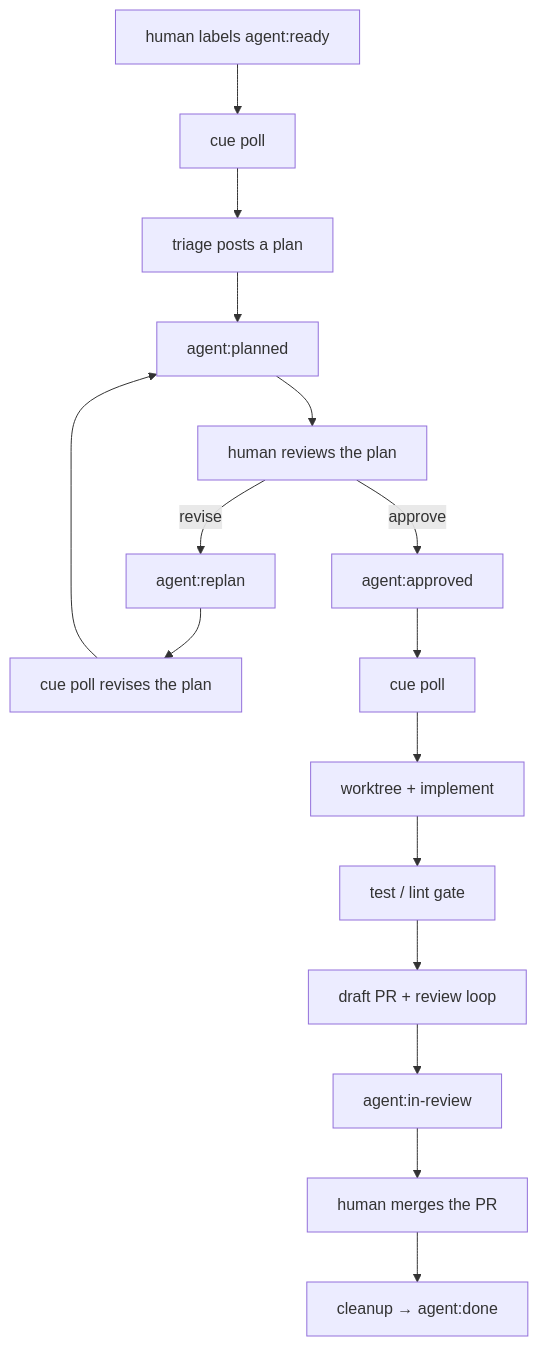
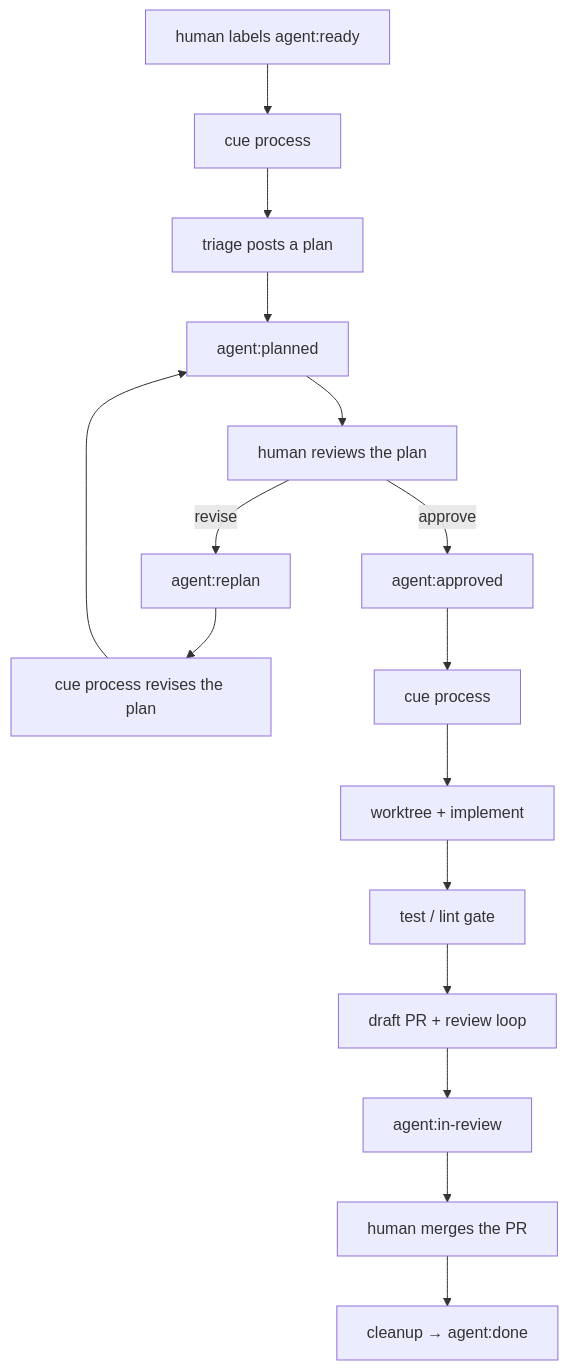
Before and after one commit to hamedniroomand/cue: the first of 2 diagrams in docs/content/guide/pipeline.md, drawn with Mermaid. The commit also changed other lines of this file and 8 other files, not shown here.

Commit message:
feat(cli): rename the main loop from poll to process

````diff
--- a/docs/content/guide/pipeline.md
+++ b/docs/content/guide/pipeline.md
@@ -5,18 +5,18 @@
 ```mermaid
 flowchart TD
-  ready["human labels agent:ready"] --> poll1["cue poll"]
+  ready["human labels agent:ready"] --> poll1["cue process"]
   poll1 --> triage["triage posts a plan"]
   triage --> planned["agent:planned"]
   planned --> human["human reviews the plan"]
   human -->|"revise"| replan["agent:replan"]
   human -->|"approve"| approved["agent:approved"]
-  replan --> pollR["cue poll revises the plan"]
+  replan --> pollR["cue process revises the plan"]
   pollR --> planned
-  approved --> poll2["cue poll"]
+  approved --> poll2["cue process"]
   poll2 --> dev["worktree + implement"]
   dev --> gate["test / lint gate"]
   gate --> review["draft PR + review loop"]
   review --> inReview["agent:in-review"]
   inReview --> merge["human merges the PR"]
   merge --> done["cleanup → agent:done"]
 ```
````
